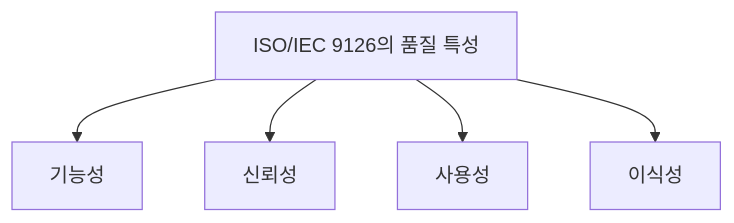
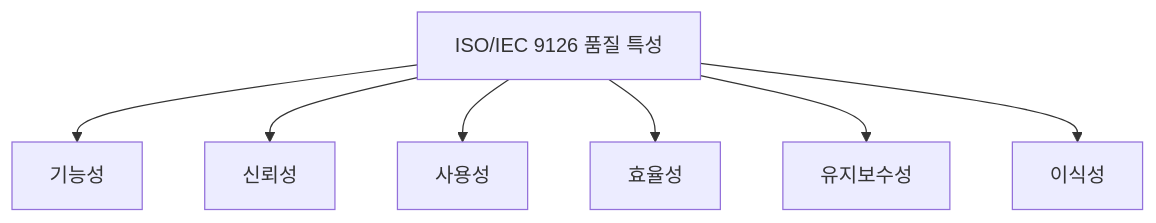
The first of 17 diagrams in 정보처리기사/1과목 소프트웨어 설계/024 ISO IEC 9126의 품질 특성/024 ISO IEC 9126의 품질 특성.md (nes0903/study), drawn with Mermaid before and after one commit. The commit also changed other lines of this file and 4 other files, not shown here.

````diff
--- a/정보처리기사/1과목 소프트웨어 설계/024 ISO IEC 9126의 품질 특성/024 ISO IEC 9126의 품질 특성.md
+++ b/정보처리기사/1과목 소프트웨어 설계/024 ISO IEC 9126의 품질 특성/024 ISO IEC 9126의 품질 특성.md
@@ -13,8 +13,10 @@
 ```mermaid
 flowchart TD
-    A["ISO/IEC 9126의 품질 특성"]
-    A --> N1["기능성"]
-    A --> N2["신뢰성"]
-    A --> N3["사용성"]
-    A --> N4["이식성"]
+    A["ISO/IEC 9126 품질 특성"]
+    A --> B["기능성"]
+    A --> C["신뢰성"]
+    A --> D["사용성"]
+    A --> E["효율성"]
+    A --> F["유지보수성"]
+    A --> G["이식성"]
 ```
````
